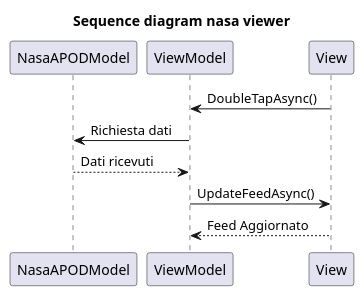
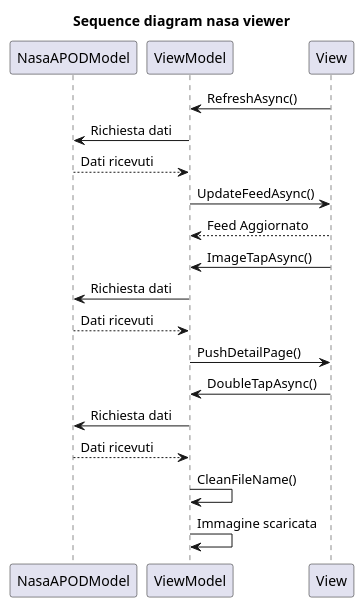
The diagram in UML/sequence diagram.plantuml (ccarl0/nasa_viewer), drawn with PlantUML before and after one commit. The commit also changed 1 other file, not shown here.

Commit message:
class diagram fixed, sequence diagram finished

```diff
--- a/UML/sequence diagram.plantuml
+++ b/UML/sequence diagram.plantuml
@@ -1,11 +1,23 @@
 Title: Sequence diagram nasa viewer
 
 participant NasaAPODModel
 participant ViewModel
 participant View
 
-View -> ViewModel: DoubleTapAsync()
-ViewModel -> NasaAPODModel: Richiesta dati
-NasaAPODModel --> ViewModel: Dati ricevuti
-ViewModel -> View: UpdateFeedAsync()
-View --> ViewModel: Feed Aggiornato
+
+    View -> ViewModel: RefreshAsync()
+    ViewModel -> NasaAPODModel: Richiesta dati
+    NasaAPODModel --> ViewModel: Dati ricevuti
+    ViewModel -> View: UpdateFeedAsync()
+    View --> ViewModel: Feed Aggiornato
+
+    View -> ViewModel: ImageTapAsync()
+    ViewModel -> NasaAPODModel: Richiesta dati
+    NasaAPODModel --> ViewModel: Dati ricevuti
+    ViewModel -> View: PushDetailPage()
+
+    View -> ViewModel: DoubleTapAsync()
+    ViewModel -> NasaAPODModel: Richiesta dati
+    NasaAPODModel --> ViewModel: Dati ricevuti
+    ViewModel -> ViewModel: CleanFileName()
+    ViewModel -> ViewModel: Immagine scaricata
```
